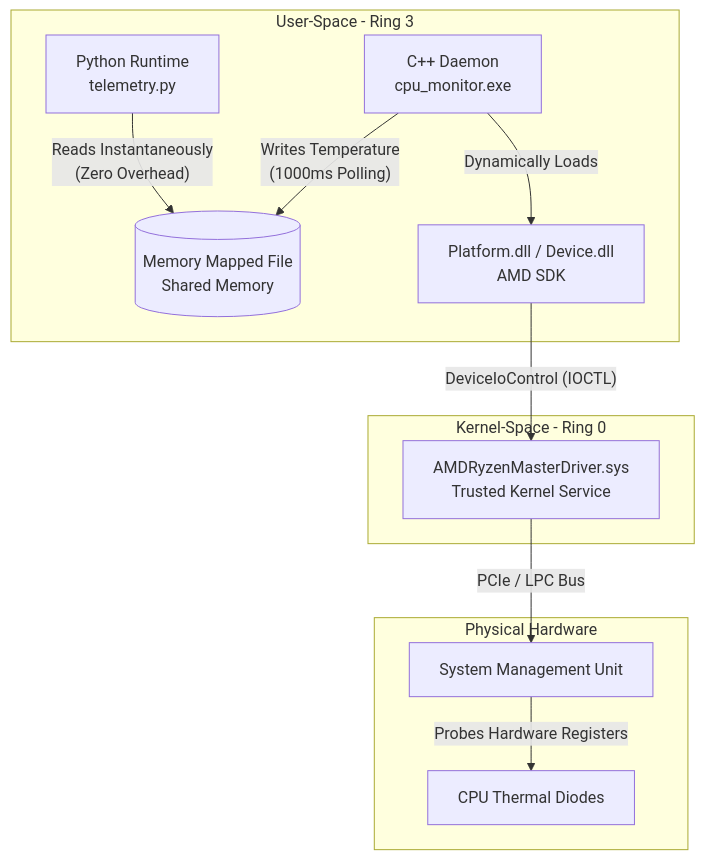
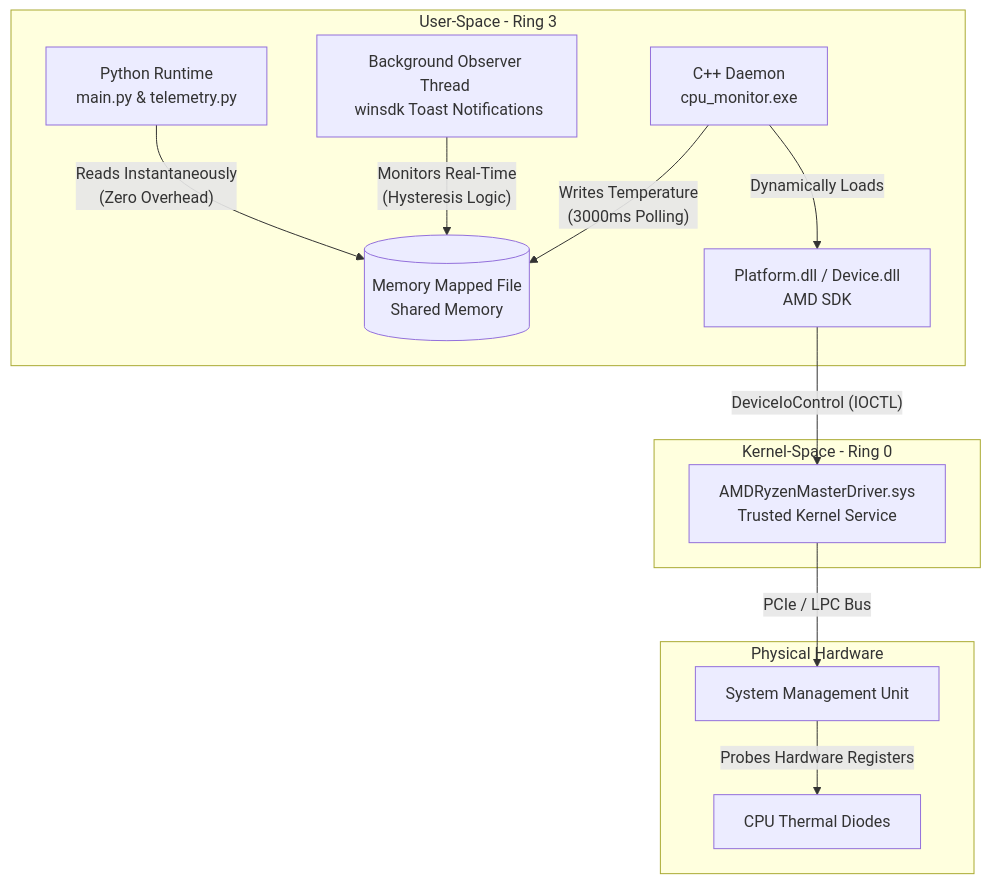
One commit to its-sorakun/aiko-assistant changed the diagram in INTERNALS.md. Above: the diagram before and after it, drawn with Mermaid. The commit also changed other lines of this file and 1 other file, not shown here.

Commit message:
update readme.md, internals.md

````diff
--- a/INTERNALS.md
+++ b/INTERNALS.md
@@ -39,26 +40,28 @@
 ```mermaid
 graph TD
     subgraph Ring3 [User-Space - Ring 3]
-        Aiko[Python Runtime <br/> telemetry.py]
+        Aiko[Python Runtime <br/> main.py & telemetry.py]
+        Alerts[Background Observer Thread <br/> winsdk Toast Notifications]
         Daemon[C++ Daemon <br/> cpu_monitor.exe]
         MMF[(Memory Mapped File <br/> Shared Memory)]
         PlatformDLL[Platform.dll / Device.dll <br/> AMD SDK]
         
         Aiko -- "Reads Instantaneously <br/> (Zero Overhead)" --> MMF
-        Daemon -- "Writes Temperature <br/> (1000ms Polling)" --> MMF
+        Alerts -- "Monitors Real-Time <br/> (Hysteresis Logic)" --> MMF
+        Daemon -- "Writes Temperature <br/> (3000ms Polling)" --> MMF
         Daemon -- "Dynamically Loads" --> PlatformDLL
     end
 
     subgraph Ring0 [Kernel-Space - Ring 0]
         SysDriver[AMDRyzenMasterDriver.sys <br/> Trusted Kernel Service]
         PlatformDLL -- "DeviceIoControl (IOCTL)" --> SysDriver
     end
     
     subgraph Silicon [Physical Hardware]
         SMU[System Management Unit]
         CPUDiodes[CPU Thermal Diodes]
         
         SysDriver -- "PCIe / LPC Bus" --> SMU
         SMU -- "Probes Hardware Registers" --> CPUDiodes
     end
 ```
````
